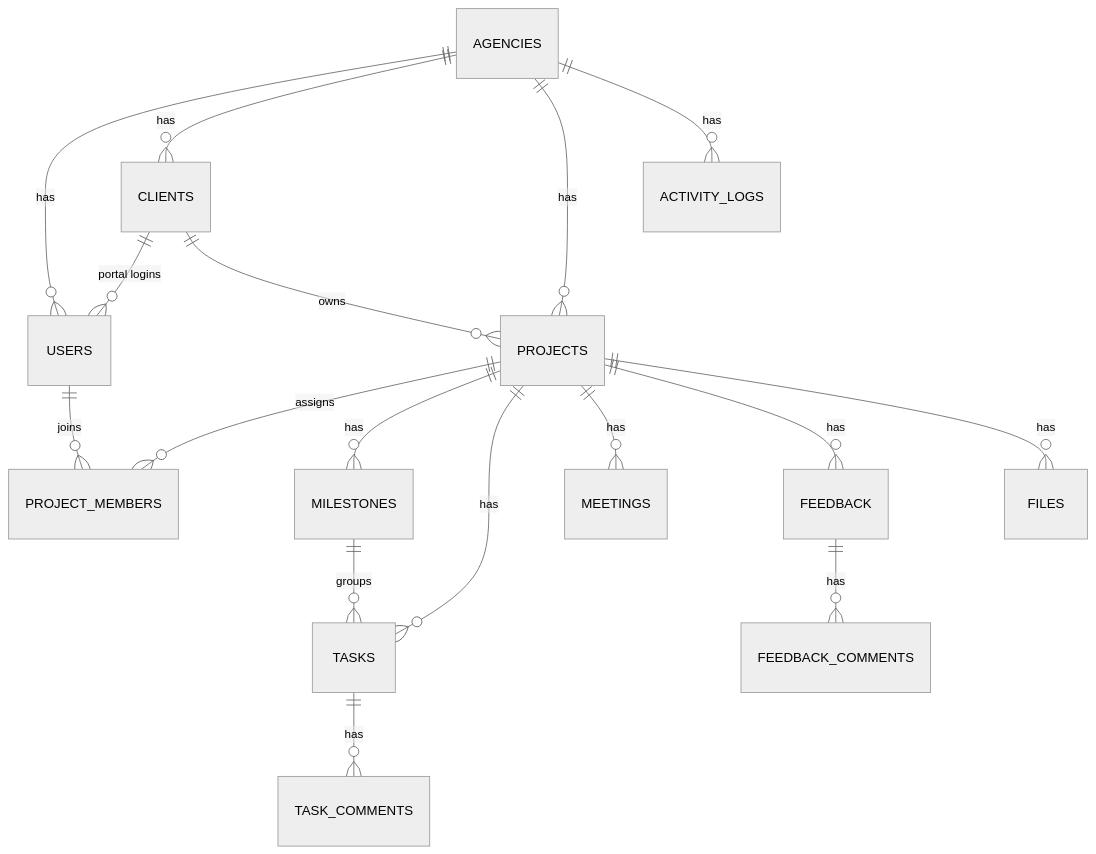
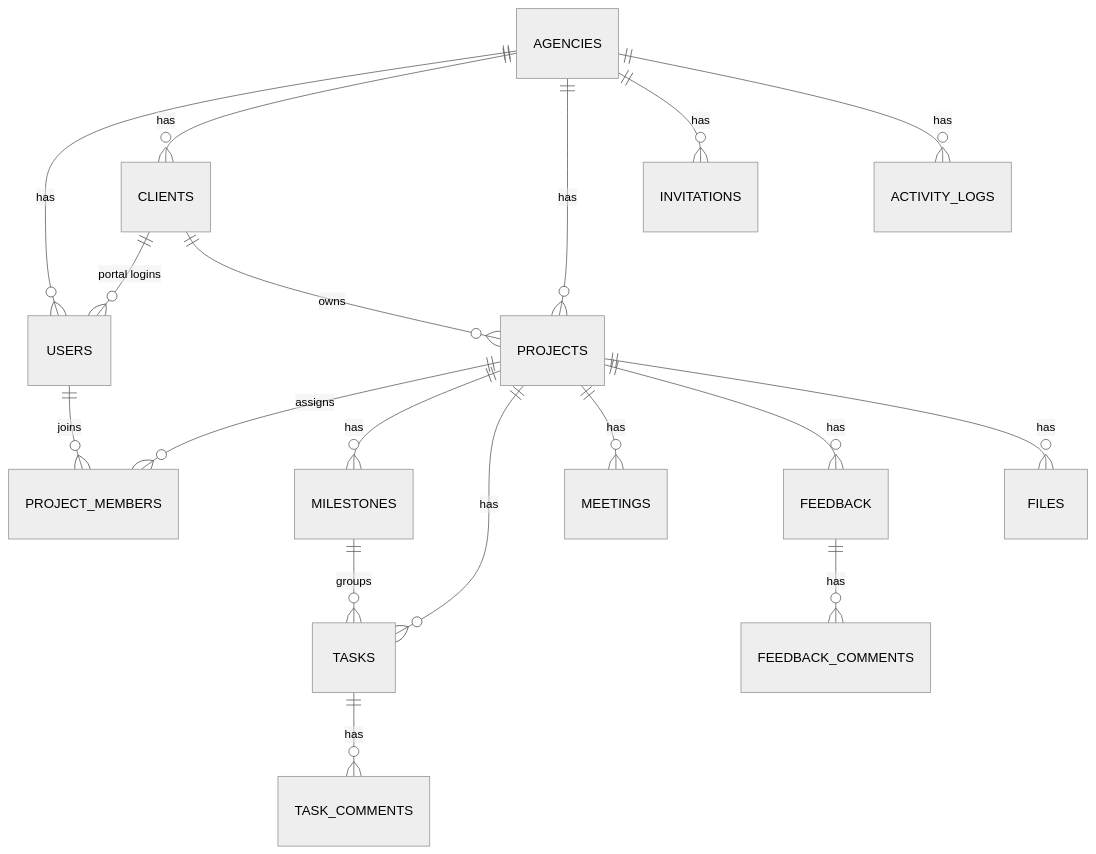
Before and after one commit to gargyuvi686-design/AgencyHub: the diagram in docs/03_DATA_MODEL.md, drawn with Mermaid (neutral theme). The commit also changed other lines of this file and 2 other files, not shown here.

````diff
--- a/docs/03_DATA_MODEL.md
+++ b/docs/03_DATA_MODEL.md
@@ -4,19 +4,20 @@
 ```mermaid
 erDiagram
   AGENCIES ||--o{ USERS : has
   AGENCIES ||--o{ CLIENTS : has
   CLIENTS ||--o{ USERS : "portal logins"
   CLIENTS ||--o{ PROJECTS : owns
   AGENCIES ||--o{ PROJECTS : has
+  AGENCIES ||--o{ INVITATIONS : has
   PROJECTS ||--o{ PROJECT_MEMBERS : assigns
   USERS ||--o{ PROJECT_MEMBERS : joins
   PROJECTS ||--o{ MILESTONES : has
   PROJECTS ||--o{ TASKS : has
   MILESTONES ||--o{ TASKS : groups
   TASKS ||--o{ TASK_COMMENTS : has
   PROJECTS ||--o{ MEETINGS : has
   PROJECTS ||--o{ FEEDBACK : has
   FEEDBACK ||--o{ FEEDBACK_COMMENTS : has
   PROJECTS ||--o{ FILES : has
   AGENCIES ||--o{ ACTIVITY_LOGS : has
 ```
````
